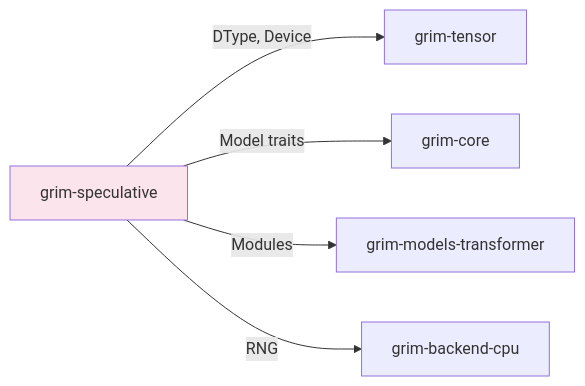
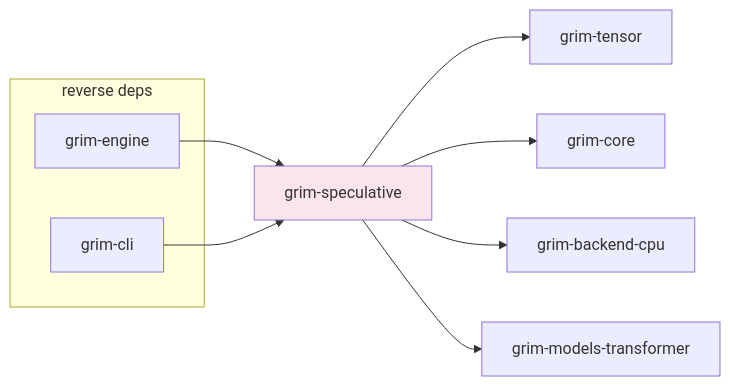
One commit to sydonayrex/grim changed the diagram in crates/grim-speculative/README.md. Above: the diagram before and after it, drawn with Mermaid. The commit also changed other lines of this file and 55 other files, not shown here.

````diff
--- a/crates/grim-speculative/README.md
+++ b/crates/grim-speculative/README.md
@@ -22,9 +18,17 @@
 ```mermaid
 graph LR
-    A[grim-speculative] -->|DType, Device| B[grim-tensor]
-    A -->|Model traits| C[grim-core]
-    A -->|Modules| D[grim-models-transformer]
-    A -->|RNG| E[grim-backend-cpu]
-    
+    A[grim-speculative] --> B[grim-tensor]
+    A --> C[grim-core]
+    A --> D[grim-backend-cpu]
+    A --> E[grim-models-transformer]
+
+    subgraph "reverse deps"
+        F1[grim-engine]
+        F2[grim-cli]
+    end
+
+    F1 --> A
+    F2 --> A
+
     style A fill:#fce4ec
 ```
````
